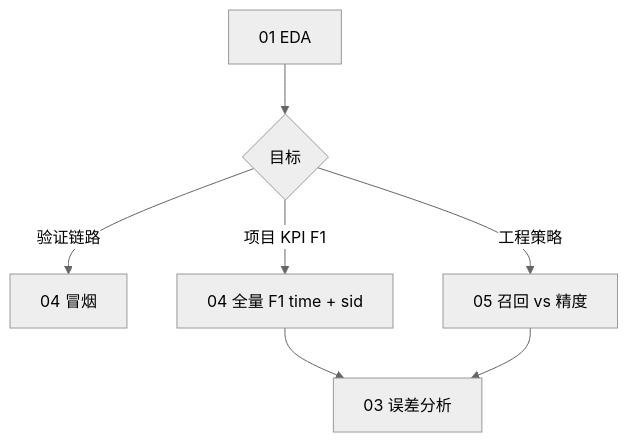
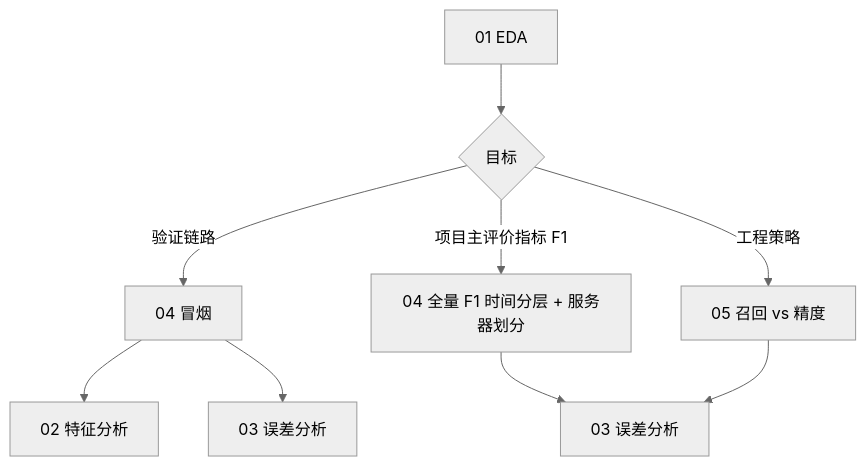
Before and after one commit to amunlau/dram_cnn: the diagram in notebooks/README.md, drawn with Mermaid (neutral theme). The commit also changed other lines of this file and 107 other files, not shown here.

````diff
--- a/notebooks/README.md
+++ b/notebooks/README.md
@@ -66,9 +80,11 @@
 ```mermaid
 flowchart TD
   A[01 EDA] --> B{目标}
   B -->|验证链路| C[04 冒烟]
-  B -->|项目 KPI F1| D[04 全量 F1 time + sid]
+  C --> C2[02 特征分析]
+  C --> F0[03 误差分析]
+  B -->|项目主评价指标 F1| D[04 全量 F1 时间分层 + 服务器划分]
   B -->|工程策略| E[05 召回 vs 精度]
   D --> F[03 误差分析]
   E --> F
 ```
````
